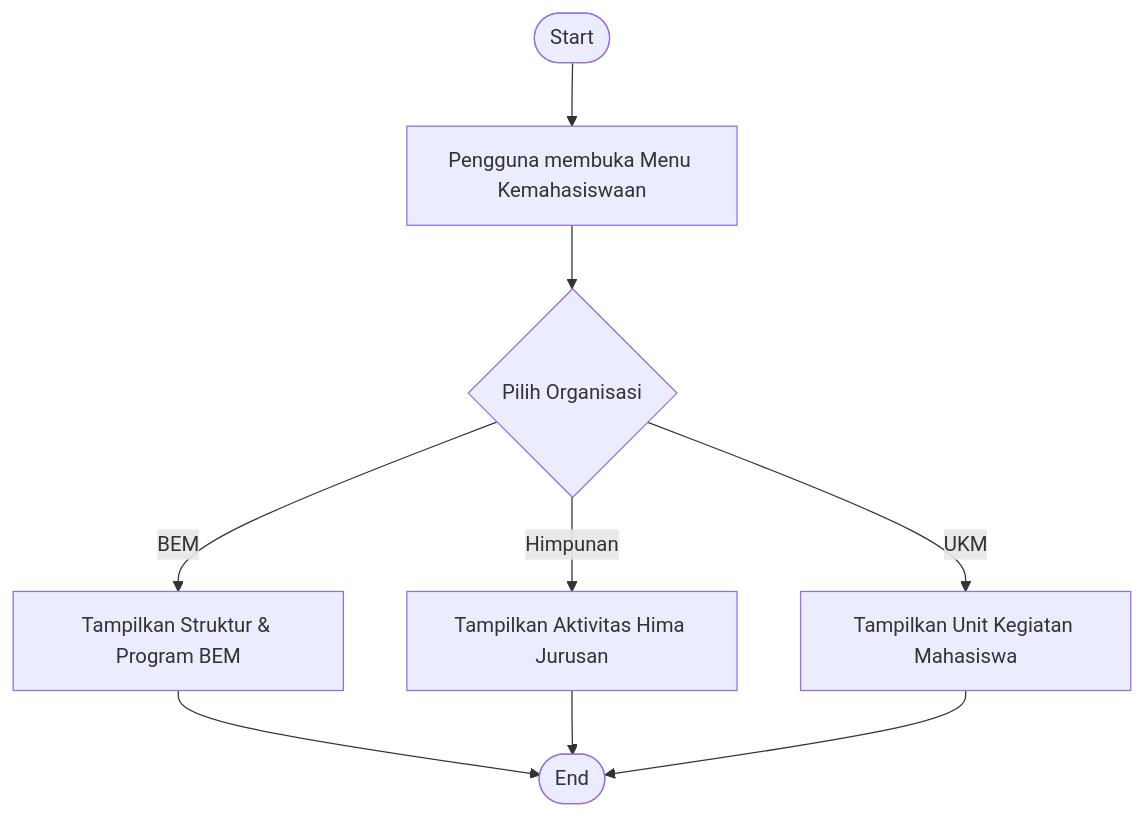
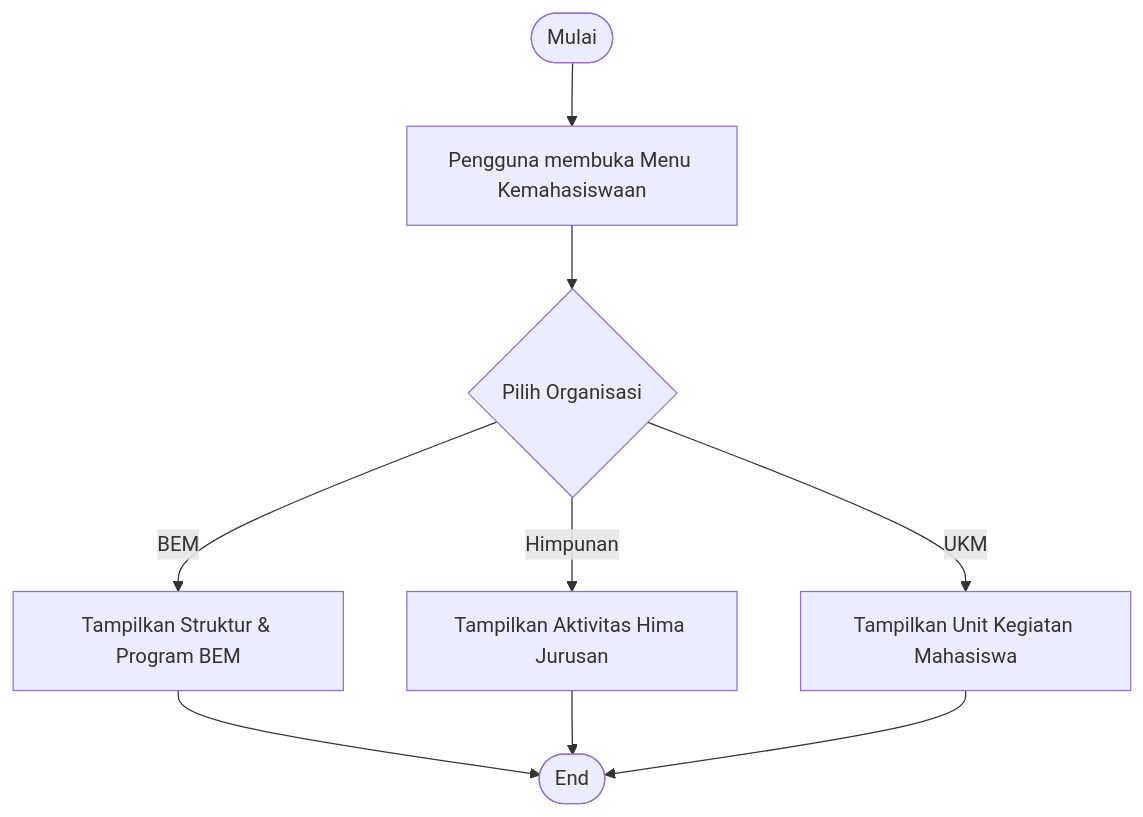
The seventh of 8 diagrams in docs/activity_diagram_publik.md (arbain-dev/Web_fikom), drawn with Mermaid before and after one commit. The commit also changed other lines of this file and 7 other files, not shown here.

Commit message:
docs: standarisasi semua awal flowchart diagram menjadi 'Mulai'

````diff
--- a/docs/activity_diagram_publik.md
+++ b/docs/activity_diagram_publik.md
@@ -179,13 +179,13 @@
 ```mermaid
 flowchart TD
-    Start([Start]) --> OpenMhs[Pengguna membuka Menu Kemahasiswaan]
+    Mulai([Mulai]) --> OpenMhs[Pengguna membuka Menu Kemahasiswaan]
     OpenMhs --> SelectOrg{Pilih Organisasi}
     
     SelectOrg -- "BEM" --> BEM[Tampilkan Struktur & Program BEM]
     SelectOrg -- "Himpunan" --> Hima[Tampilkan Aktivitas Hima Jurusan]
     SelectOrg -- "UKM" --> UKM[Tampilkan Unit Kegiatan Mahasiswa]
     
     BEM --> End([End])
     Hima --> End
     UKM --> End
 ```
````
